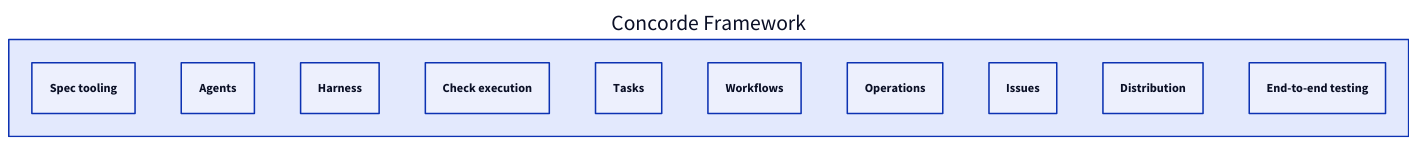
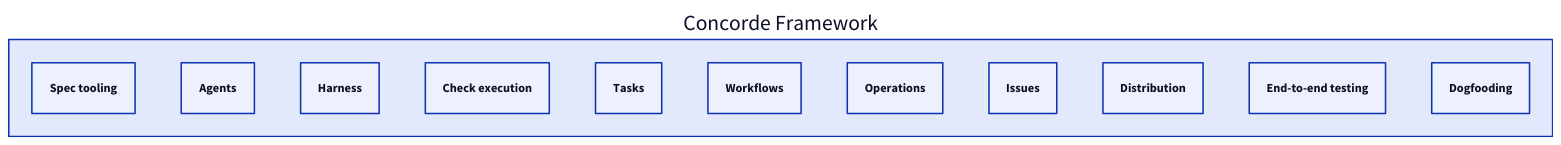
The second of 2 diagrams in specs/concorde/module.md (FTOD/concorde), drawn with D2 before and after one commit. The commit also changed other lines of this file and 34 other files, not shown here.

````diff
--- a/specs/concorde/module.md
+++ b/specs/concorde/module.md
@@ -184,14 +184,15 @@
 ```d2
 root: Concorde Framework {
   spectooling: Spec tooling
   agents: Agents
   harness: Harness
   checks: Check execution
   tasks: Tasks
   workflows: Workflows
   operations: Operations
   issues: Issues
   distribution: Distribution
   e2e: End-to-end testing
+  dogfooding: Dogfooding
 }
 ```
````
